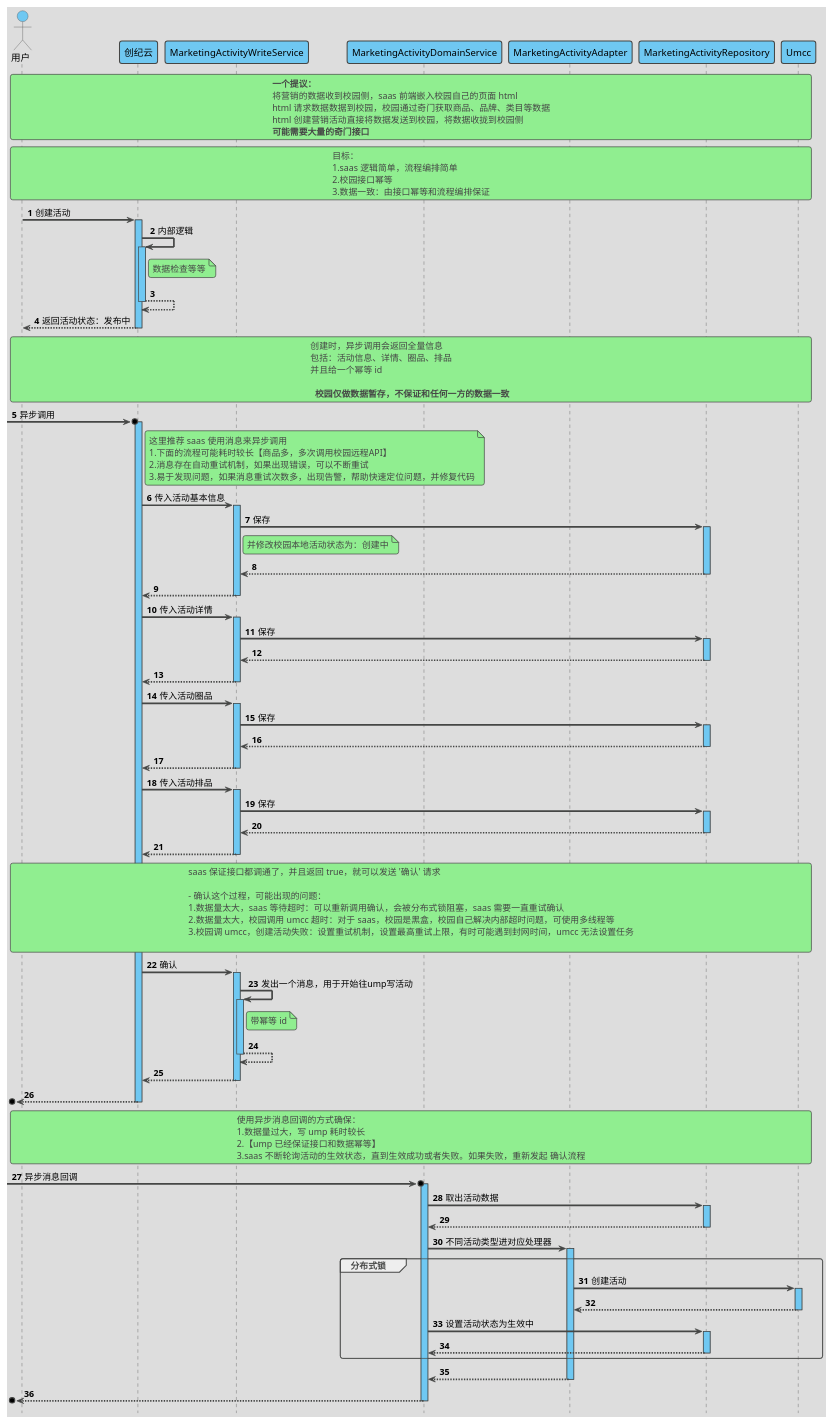
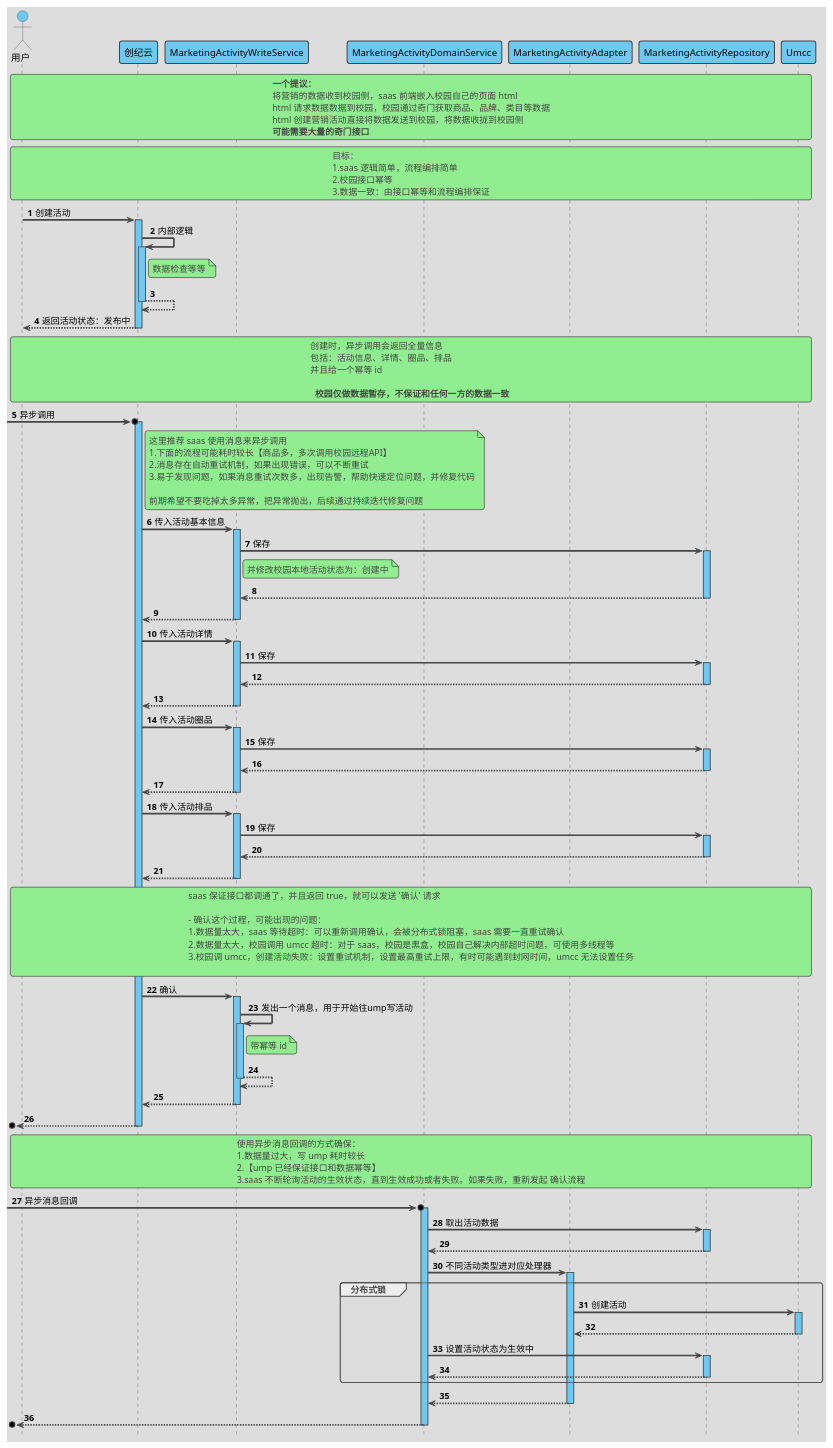
One commit to xauvlove/uml changed the diagram in src/main/resource/天猫校园/营销/基本框架/创建活动.puml. Above: the diagram before and after it, drawn with PlantUML.

```diff
--- a/src/main/resource/天猫校园/营销/基本框架/创建活动.puml
+++ b/src/main/resource/天猫校园/营销/基本框架/创建活动.puml
@@ -1,146 +1,148 @@
 @startuml
 
 'https://plantuml.com/sequence-diagram
 
 '隐藏脚注
 hide footbox
 
 '使用 toy 主题
 !theme toy
 
 '自动激活
 autoActivate on
 
 '编号
 autonumber 1
 
 '隐藏孤立的参与者
 hide unlinked
 
 '文字对齐，向左对齐
 skinparam sequenceMessageAlign left
 
 '箭头粗度
 skinparam sequenceArrowThickness 2.5
 
 ' 皮肤
 skinparam sequence {
     LifeLineBackgroundColor #6FC8F2
     ParticipantBackgroundColor #6FC8F2
     ParticipantFontColor black
     ActorBackgroundColor #6FC8F2
     ActorFontColor black
 }
 
 actor 用户 as user
 participant 创纪云 as saas
 participant MarketingActivityWriteService as MarketingActivityWriteService
 participant MarketingActivityDomainService as MarketingActivityDomainService
 participant MarketingActivityAdapter as MarketingActivityAdapter
 participant MarketingActivityRepository as MarketingActivityRepository
 participant Umcc as Umcc
 
 rnote across
     **一个提议：**
     将营销的数据收到校园侧，saas 前端嵌入校园自己的页面 html
     html 请求数据数据到校园，校园通过奇门获取商品、品牌、类目等数据
     html 创建营销活动直接将数据发送到校园，将数据收拢到校园侧
     **可能需要大量的奇门接口**
 end note
 
 rnote across
     目标：
     1.saas 逻辑简单，流程编排简单
     2.校园接口幂等
     3.数据一致：由接口幂等和流程编排保证
 end note
 
 user -> saas : 创建活动
 
 saas -> saas : 内部逻辑
 note right of saas
     数据检查等等
 end note
 return
 return 返回活动状态：发布中
 
 rnote across
     创建时，异步调用会返回全量信息
     包括：活动信息、详情、圈品、排品
     并且给一个幂等 id
 
      ** 校园仅做数据暂存，不保证和任何一方的数据一致 **
 end note
 
 ->o saas : 异步调用
 note right of saas
      这里推荐 saas 使用消息来异步调用
      1.下面的流程可能耗时较长【商品多，多次调用校园远程API】
      2.消息存在自动重试机制，如果出现错误，可以不断重试
      3.易于发现问题，如果消息重试次数多，出现告警，帮助快速定位问题，并修复代码
+
+     前期希望不要吃掉太多异常，把异常抛出，后续通过持续迭代修复问题
 end note
 
 saas -> MarketingActivityWriteService : 传入活动基本信息
 
 MarketingActivityWriteService -> MarketingActivityRepository : 保存
 note right of MarketingActivityWriteService
     并修改校园本地活动状态为：创建中
 end note
 return
 return
 
 saas -> MarketingActivityWriteService : 传入活动详情
 MarketingActivityWriteService -> MarketingActivityRepository : 保存
 return
 return
 
 saas -> MarketingActivityWriteService : 传入活动圈品
 MarketingActivityWriteService -> MarketingActivityRepository : 保存
 return
 return
 
 saas -> MarketingActivityWriteService : 传入活动排品
 MarketingActivityWriteService -> MarketingActivityRepository : 保存
 return
 return
 
 rnote across
     saas 保证接口都调通了，并且返回 true，就可以发送 '确认' 请求
 
     - 确认这个过程，可能出现的问题：
     1.数据量太大，saas 等待超时：可以重新调用确认，会被分布式锁阻塞，saas 需要一直重试确认
     2.数据量太大，校园调用 umcc 超时：对于 saas，校园是黑盒，校园自己解决内部超时问题，可使用多线程等
     3.校园调 umcc，创建活动失败：设置重试机制，设置最高重试上限，有时可能遇到封网时间，umcc 无法设置任务
 
 end note
 saas -> MarketingActivityWriteService : 确认
 MarketingActivityWriteService -> MarketingActivityWriteService : 发出一个消息，用于开始往ump写活动
 note right of MarketingActivityWriteService
     带幂等 id
 end note
 return
 return
 return
 
 rnote across
     使用异步消息回调的方式确保：
     1.数据量过大，写 ump 耗时较长
     2.【ump 已经保证接口和数据幂等】
     3.saas 不断轮询活动的生效状态，直到生效成功或者失败。如果失败，重新发起 确认流程
 end note
 ->o MarketingActivityDomainService : 异步消息回调
 MarketingActivityDomainService -> MarketingActivityRepository : 取出活动数据
 return
 
 MarketingActivityDomainService -> MarketingActivityAdapter : 不同活动类型进对应处理器
 
 group 分布式锁
     MarketingActivityAdapter -> Umcc : 创建活动
     return
     MarketingActivityDomainService -> MarketingActivityRepository : 设置活动状态为生效中
     return
 end group
 return
 return
 
 @enduml
```
